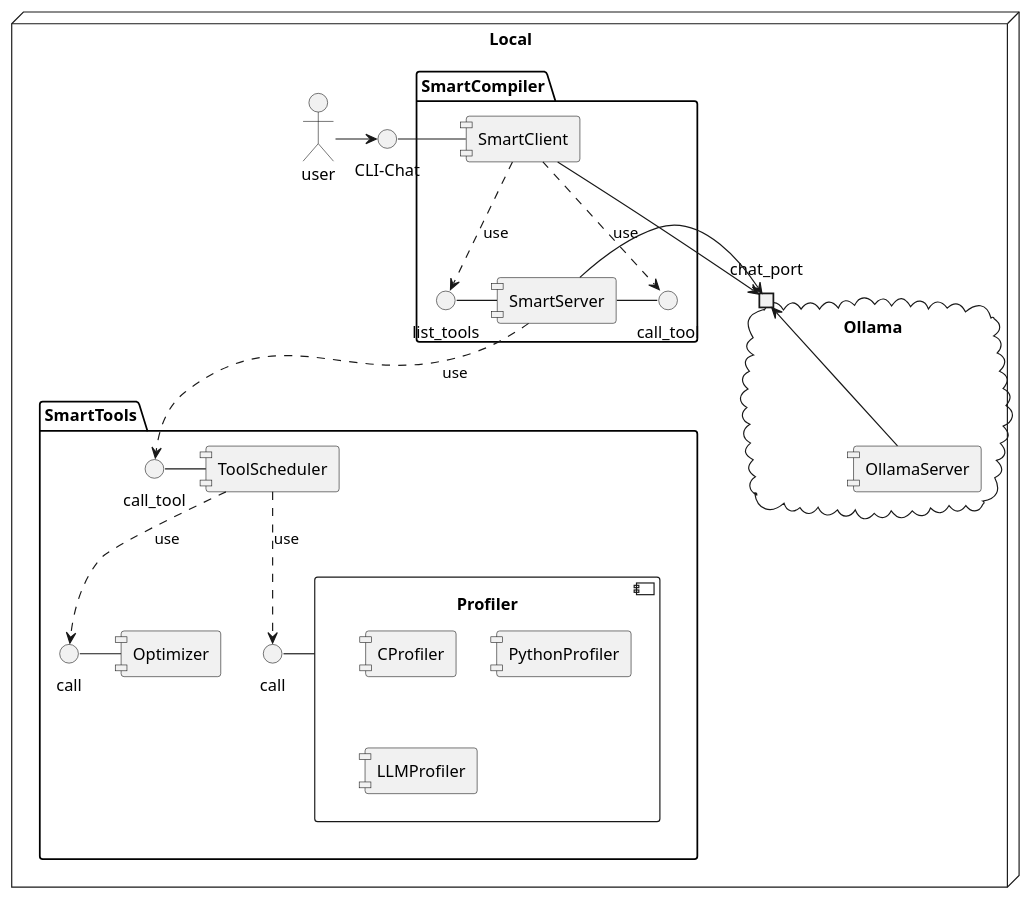
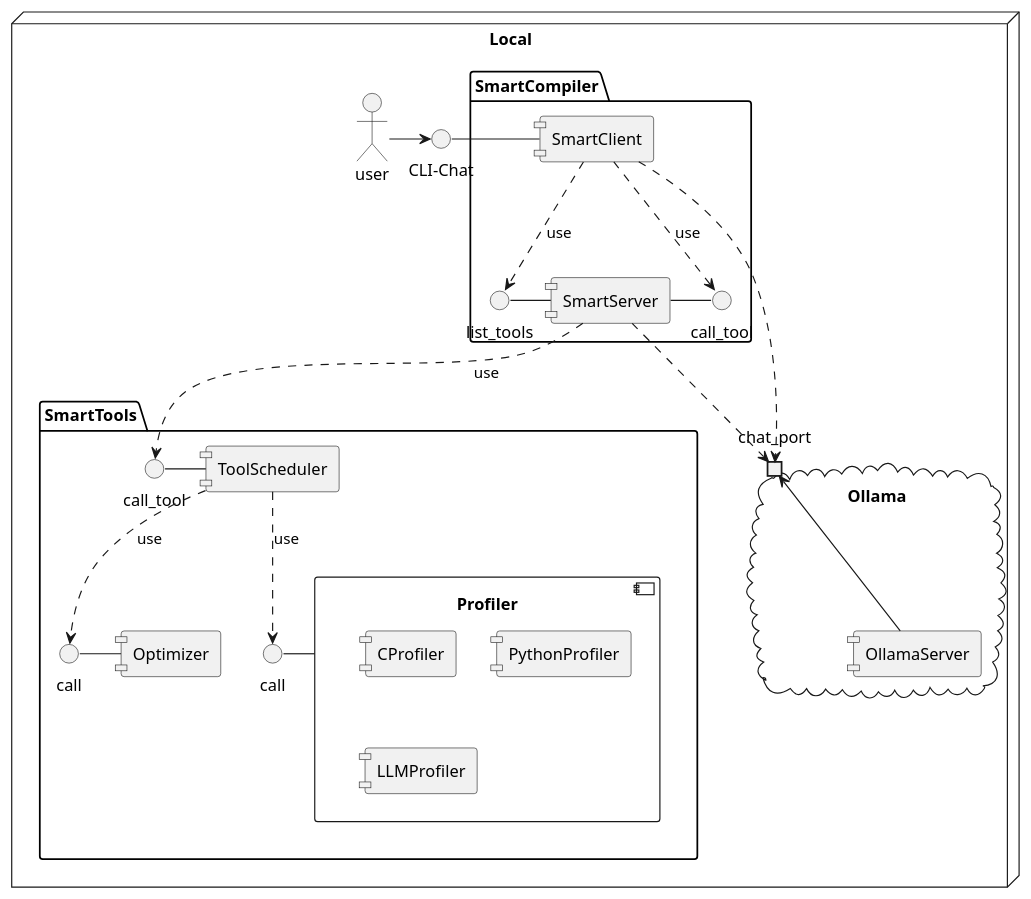
The diagram in architecture.plantuml (Mike31860/Smart_Compiler), drawn with PlantUML before and after one commit.

Commit message:
updated usages in architecture

```diff
--- a/architecture.plantuml
+++ b/architecture.plantuml
@@ -1,63 +1,63 @@
 @startuml
 
 skinparam componentStyle uml1
 
 node "Local" {
     actor user
     interface "CLI-Chat" as SmartChat
 
     
 
    
     cloud "Ollama" {
         portin chat_port
         component "OllamaServer" { 
             [OllamaServer] -> chat_port
         }
     }
 
    
     
 
     package "SmartCompiler" {
         [SmartClient]
         [SmartServer]
         SmartChat - [SmartClient]
         interface "list_tools" as ListTools
         interface "call_tool" as ServerCallTool
         [SmartClient] ..> () ListTools: use
         ListTools - [SmartServer]
         [SmartServer] - ServerCallTool
         [SmartClient] ..> () ServerCallTool: use
 
     }
 
      package "SmartTools" {
         [Optimizer]
         interface "call_tool" as CallTool
         CallTool - [ToolScheduler]
         component "Profiler" {
             [CProfiler]
             [PythonProfiler]
             [LLMProfiler]
         }
         interface "call" as CallOptimizer
         interface "call" as CallProfiler
         CallOptimizer - [Optimizer]
         CallProfiler - [Profiler]
         [ToolScheduler] ..> CallOptimizer : use
         [ToolScheduler] ..> CallProfiler : use
     }
 
 
 
 
 }
 
 user -> SmartChat
-[SmartClient] -> chat_port
-[SmartServer] -> chat_port
+[SmartClient] ..> chat_port
+[SmartServer] ..> chat_port
 [SmartServer] ..> CallTool : use
 
 
 @enduml
```
